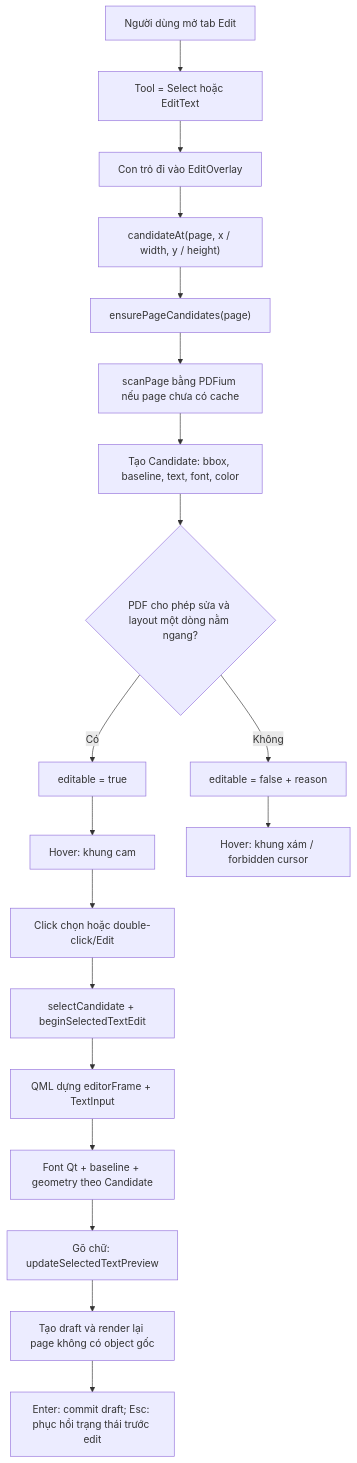
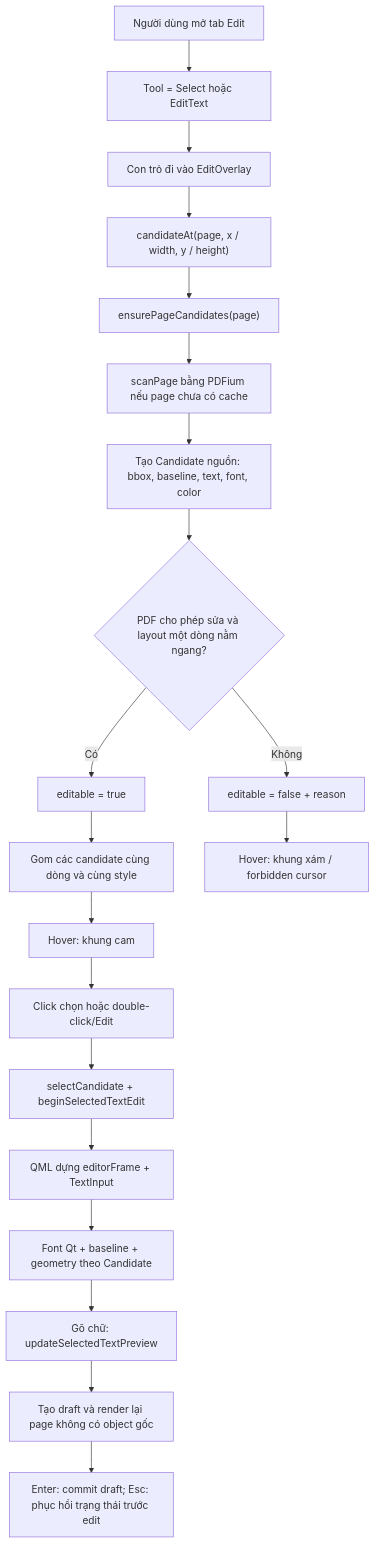
The diagram in docs/text-editing-pipeline.md (RaymondHuy/TrePDF), drawn with Mermaid before and after one commit. The commit also changed other lines of this file and 13 other files, not shown here.

````diff
--- a/docs/text-editing-pipeline.md
+++ b/docs/text-editing-pipeline.md
@@ -23,21 +23,22 @@
 ```mermaid
 flowchart TD
     A["Người dùng mở tab Edit"] --> B["Tool = Select hoặc EditText"]
     B --> C["Con trỏ đi vào EditOverlay"]
     C --> D["candidateAt(page, x / width, y / height)"]
     D --> E["ensurePageCandidates(page)"]
     E --> F["scanPage bằng PDFium nếu page chưa có cache"]
-    F --> G["Tạo Candidate: bbox, baseline, text, font, color"]
+    F --> G["Tạo Candidate nguồn: bbox, baseline, text, font, color"]
     G --> H{"PDF cho phép sửa và layout một dòng nằm ngang?"}
     H -- Có --> I["editable = true"]
     H -- Không --> J["editable = false + reason"]
-    I --> K["Hover: khung cam"]
+    I --> IA["Gom các candidate cùng dòng và cùng style"]
+    IA --> K["Hover: khung cam"]
     J --> L["Hover: khung xám / forbidden cursor"]
     K --> M["Click chọn hoặc double-click/Edit"]
     M --> N["selectCandidate + beginSelectedTextEdit"]
     N --> O["QML dựng editorFrame + TextInput"]
     O --> P["Font Qt + baseline + geometry theo Candidate"]
     P --> Q["Gõ chữ: updateSelectedTextPreview"]
     Q --> R["Tạo draft và render lại page không có object gốc"]
     R --> S["Enter: commit draft; Esc: phục hồi trạng thái trước edit"]
 ```
````
